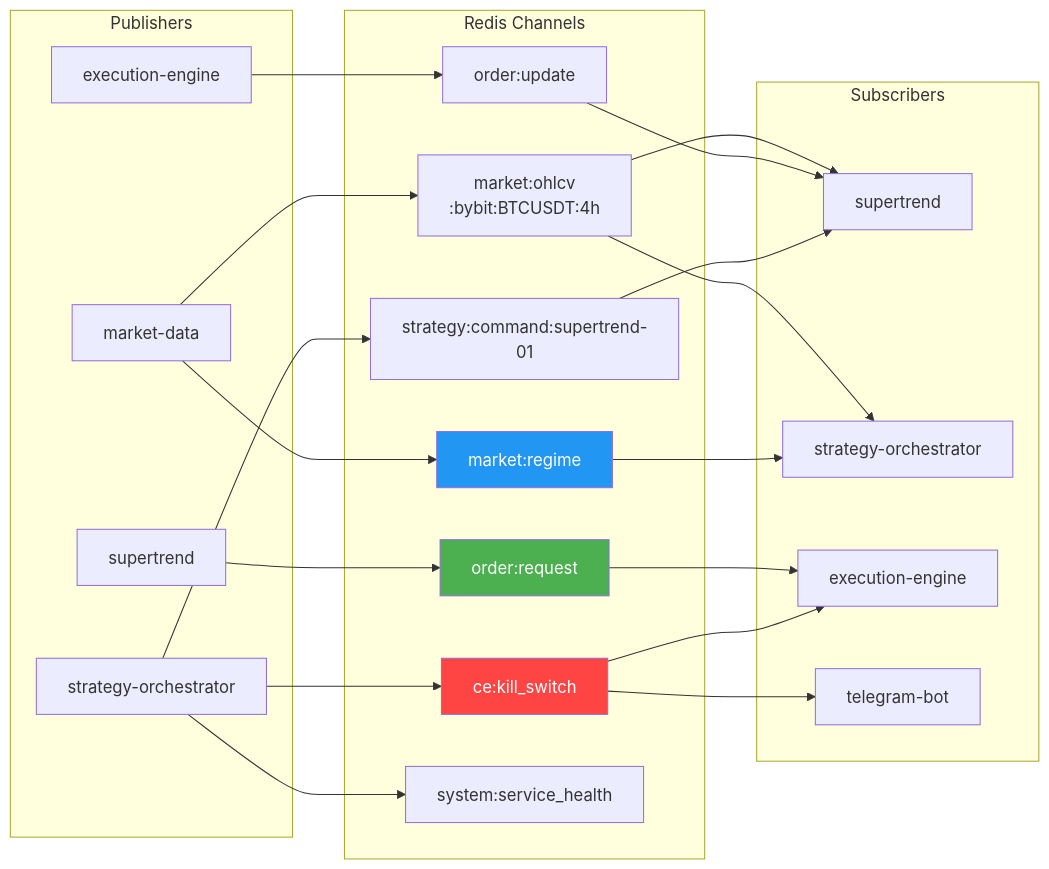
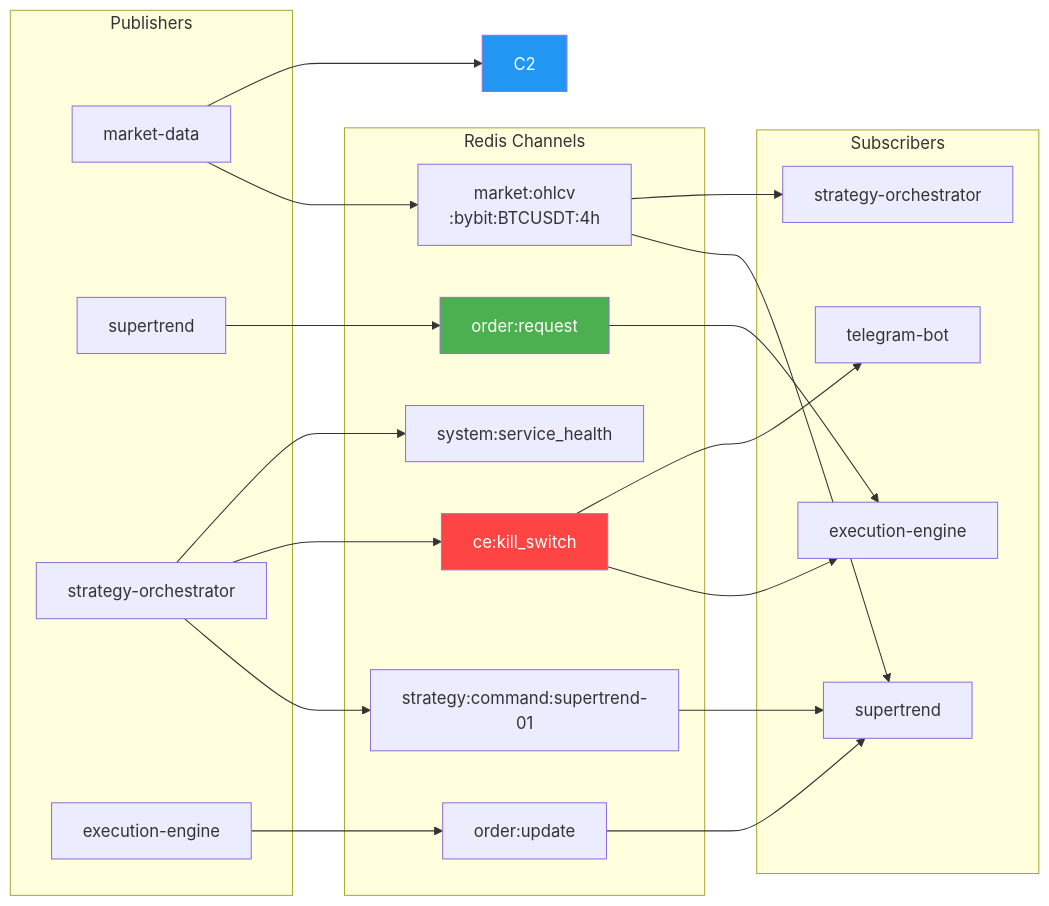
Before and after one commit to Justant-source/Bit-Mania: the diagram in docs/policies/operations/pubsub-channels.md, drawn with Mermaid. The commit also changed other lines of this file and 37 other files, not shown here.

````diff
--- a/docs/policies/operations/pubsub-channels.md
+++ b/docs/policies/operations/pubsub-channels.md
@@ -19,47 +19,45 @@
 ```mermaid
 graph LR
     subgraph pub["Publishers"]
         MD["market-data"]
         ST["supertrend"]
         ORC["strategy-orchestrator"]
         ENG["execution-engine"]
     end
 
     subgraph ch["Redis Channels"]
         C1["market:ohlcv\n:bybit:BTCUSDT:4h"]
-        C2["market:regime"]
         C4["order:request"]
         C5["order:update"]
         C6["strategy:command:supertrend-01"]
         C7["ce:kill_switch"]
         C8["system:service_health"]
     end
 
     subgraph sub["Subscribers"]
         ST2["supertrend"]
         ORC2["strategy-orchestrator"]
         ENG2["execution-engine"]
         TG["telegram-bot"]
     end
 
     MD --> C1
     MD --> C2
     ORC --> C6
     ORC --> C7
     ORC --> C8
     ST --> C4
     ENG --> C5
 
     C1 --> ST2
     C1 --> ORC2
-    C2 --> ORC2
     C4 --> ENG2
     C5 --> ST2
     C6 --> ST2
     C7 --> ENG2
     C7 --> TG
 
     style C7 fill:#ff4444,color:#fff
     style C4 fill:#4caf50,color:#fff
     style C2 fill:#2196f3,color:#fff
 ```
````
